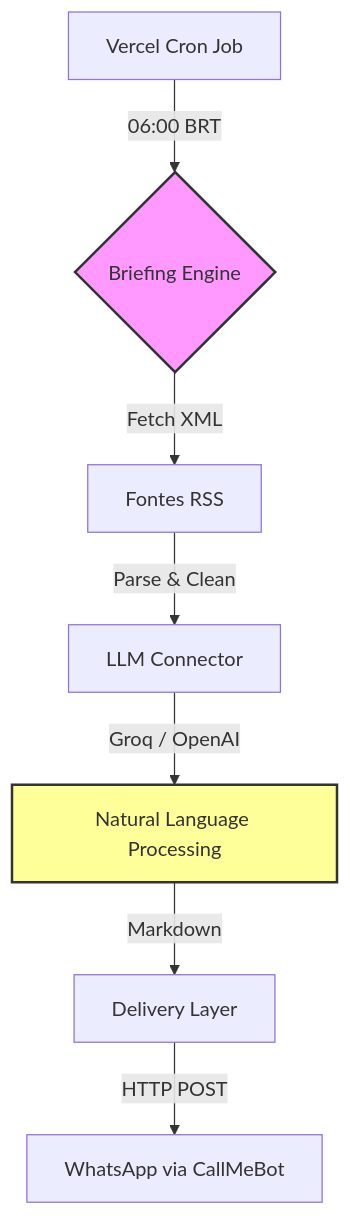
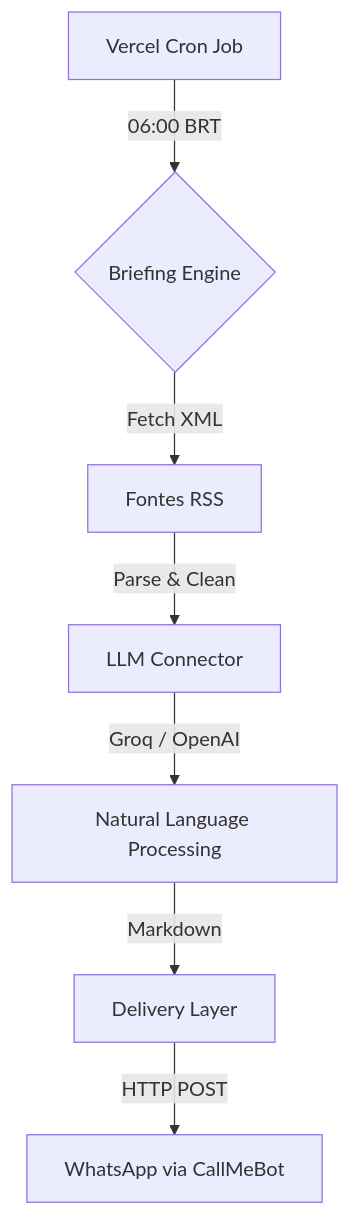
One commit to ithiagojs/News changed the diagram in README.md. Above: the diagram before and after it, drawn with Mermaid.

Commit message:
fix: Removendo cores hardcoded do diagrama Mermaid para melhor contraste em dark mode

````diff
--- a/README.md
+++ b/README.md
@@ -16,12 +16,9 @@
 ```mermaid
 graph TD
     A[Vercel Cron Job] -->|06:00 BRT| B{Briefing Engine}
     B -->|Fetch XML| C[Fontes RSS]
     C -->|Parse & Clean| D[LLM Connector]
     D -->|Groq / OpenAI| E[Natural Language Processing]
     E -->|Markdown| F[Delivery Layer]
     F -->|HTTP POST| G[WhatsApp via CallMeBot]
-    
-    style B fill:#f9f,stroke:#333,stroke-width:2px
-    style E fill:#ff9,stroke:#333,stroke-width:2px
 ```
````
